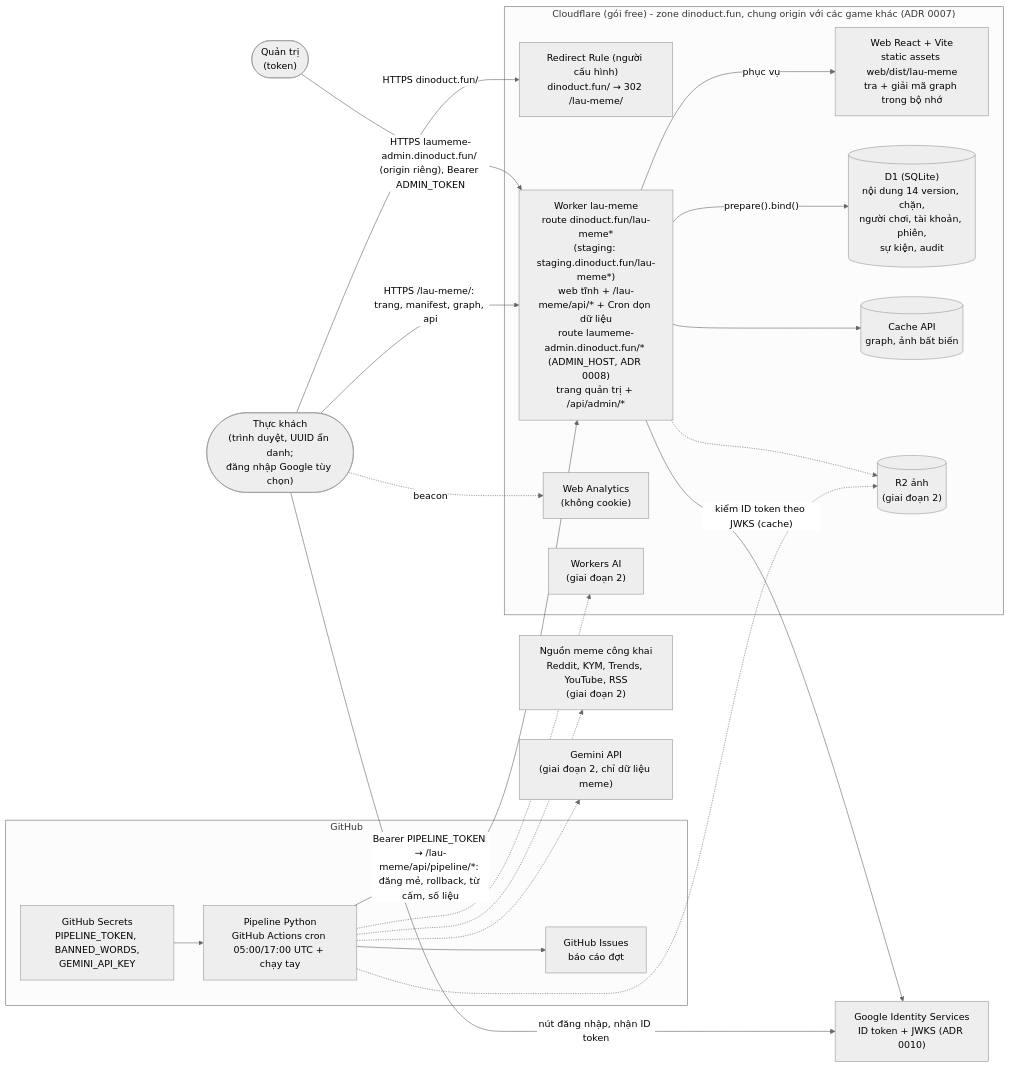
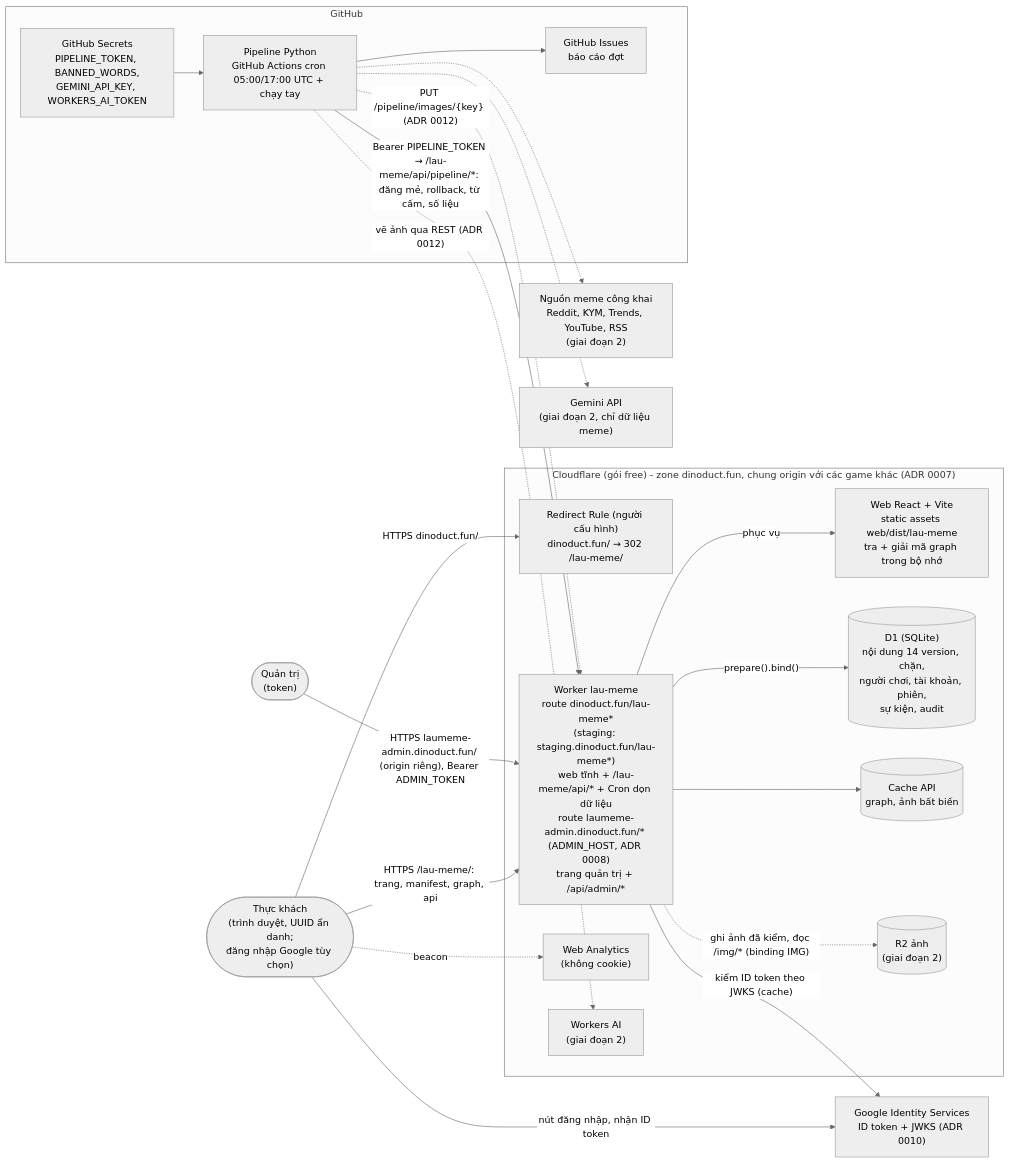
The diagram in docs/diagrams/system.mmd (thucnq/lau-meme), drawn with Mermaid (neutral theme) before and after one commit. The commit also changed 8 other files, not shown here.

First line of the commit message:
design: nối ảnh minh họa vào mẻ full - PUT /pipeline/images/{key} (Worker kiểm khóa = sha256 và chữ ký WebP rồi ghi R2), PipelineStore.art_pending, vẽ bằng Workers AI qua REST, kiểm bằng Gemini, 20 ảnh/đợt (ADR 0012); bỏ token S3 của R2

```diff
--- a/docs/diagrams/system.mmd
+++ b/docs/diagrams/system.mmd
@@ -1,43 +1,43 @@
 %% C4 container - Lẩu Meme (giai đoạn 1; nét đứt = giai đoạn 2)
 flowchart LR
   player(["Thực khách<br/>(trình duyệt, UUID ẩn danh;<br/>đăng nhập Google tùy chọn)"])
   admin(["Quản trị<br/>(token)"])
 
   subgraph cf["Cloudflare (gói free) - zone dinoduct.fun, chung origin với các game khác (ADR 0007)"]
     redirect["Redirect Rule (người cấu hình)<br/>dinoduct.fun/ → 302 /lau-meme/"]
     worker["Worker lau-meme<br/>route dinoduct.fun/lau-meme*<br/>(staging: staging.dinoduct.fun/lau-meme*)<br/>web tĩnh + /lau-meme/api/* + Cron dọn dữ liệu<br/>route laumeme-admin.dinoduct.fun/* (ADMIN_HOST, ADR 0008)<br/>trang quản trị + /api/admin/*"]
     web["Web React + Vite<br/>static assets web/dist/lau-meme<br/>tra + giải mã graph trong bộ nhớ"]
     d1[("D1 (SQLite)<br/>nội dung 14 version, chặn,<br/>người chơi, tài khoản, phiên,<br/>sự kiện, audit")]
     cache[("Cache API<br/>graph, ảnh bất biến")]
     wa["Web Analytics<br/>(không cookie)"]
     r2[("R2 ảnh<br/>(giai đoạn 2)")]
     wai["Workers AI<br/>(giai đoạn 2)"]
   end
 
   subgraph gh["GitHub"]
     actions["Pipeline Python<br/>GitHub Actions cron 05:00/17:00 UTC + chạy tay"]
     issues["GitHub Issues<br/>báo cáo đợt"]
-    secrets["GitHub Secrets<br/>PIPELINE_TOKEN, BANNED_WORDS,<br/>GEMINI_API_KEY"]
+    secrets["GitHub Secrets<br/>PIPELINE_TOKEN, BANNED_WORDS,<br/>GEMINI_API_KEY, WORKERS_AI_TOKEN"]
   end
 
   google["Google Identity Services<br/>ID token + JWKS (ADR 0010)"]
   sources["Nguồn meme công khai<br/>Reddit, KYM, Trends, YouTube, RSS<br/>(giai đoạn 2)"]
   gemini["Gemini API<br/>(giai đoạn 2, chỉ dữ liệu meme)"]
 
   player -- "HTTPS dinoduct.fun/" --> redirect
   player -- "HTTPS /lau-meme/: trang, manifest, graph, api" --> worker
   admin -- "HTTPS laumeme-admin.dinoduct.fun/ (origin riêng), Bearer ADMIN_TOKEN" --> worker
   worker -- "phục vụ" --> web
   worker -- "prepare().bind()" --> d1
   worker --> cache
   player -. beacon .-> wa
   player -- "nút đăng nhập, nhận ID token" --> google
   worker -- "kiểm ID token theo JWKS (cache)" --> google
   actions -- "Bearer PIPELINE_TOKEN → /lau-meme/api/pipeline/*: đăng mẻ, rollback, từ cấm, số liệu" --> worker
   actions --> issues
   secrets --> actions
   actions -.-> sources
   actions -.-> gemini
-  actions -.-> wai
-  actions -.-> r2
-  worker -.-> r2
+  actions -. "vẽ ảnh qua REST (ADR 0012)" .-> wai
+  actions -. "PUT /pipeline/images/{key} (ADR 0012)" .-> worker
+  worker -. "ghi ảnh đã kiểm, đọc /img/* (binding IMG)" .-> r2
```
